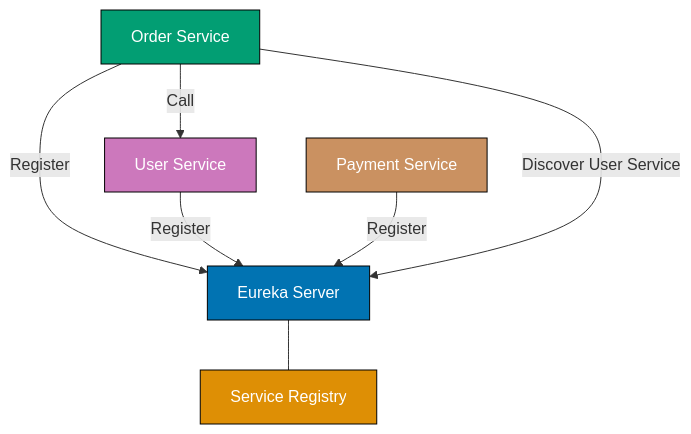
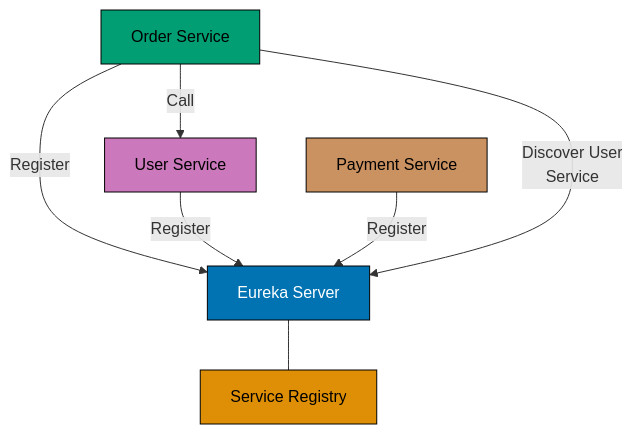
The second of 13 diagrams in apps/ayokoding-www/content/en/learn/legacy/software-engineering/platforms/web/tools/jvm-spring-boot/by-example/advanced.md (wahidyankf/ose-public), drawn with Mermaid before and after one commit. The commit also changed other lines of this file and 130 other files, not shown here.

First line of the commit message:
fix(mermaid): bring the legacy platforms diagrams onto the accessible palette

````diff
--- a/apps/ayokoding-www/content/en/learn/legacy/software-engineering/platforms/web/tools/jvm-spring-boot/by-example/advanced.md
+++ b/apps/ayokoding-www/content/en/learn/legacy/software-engineering/platforms/web/tools/jvm-spring-boot/by-example/advanced.md
@@ -737,16 +745,24 @@
 ```mermaid
 %% Color Palette: Blue #0173B2, Orange #DE8F05, Teal #029E73, Purple #CC78BC, Brown #CA9161
 flowchart TD
+    accTitle: Example 44: Service Discovery - Eureka Client
+    accDescr: Flowchart with 5 nodes and 6 connections. Nodes: Eureka Server, Service Registry, Order Service, User Service, Payment Service. Connections: Eureka Server to Service Registry, Order Service to Eureka Server (Register), User Service to Eureka Server (Register), Payment Service to Eureka Server (Register), Order Service to Eureka Server (Discover User Service), Order Service to User Service (Call).
     A[Eureka Server] --- B[Service Registry]
     C[Order Service] -->|Register| A
     D[User Service] -->|Register| A
     E[Payment Service] -->|Register| A
-    C -->|Discover User Service| A
+    C -->|Discover User<br/>Service| A
     C -->|Call| D
 
-    style A fill:#0173B2,stroke:#000,color:#fff
-    style B fill:#DE8F05,stroke:#000,color:#fff
-    style C fill:#029E73,stroke:#000,color:#fff
-    style D fill:#CC78BC,stroke:#000,color:#fff
-    style E fill:#CA9161,stroke:#000,color:#fff
+    classDef pal-0173B2 fill:#0173B2,stroke:#000000,color:#FFFFFF
+    class A pal-0173B2
+    classDef pal-DE8F05 fill:#DE8F05,stroke:#000000,color:#000000
+    class B pal-DE8F05
+    classDef pal-029E73 fill:#029E73,stroke:#000000,color:#000000
+    class C pal-029E73
+    classDef pal-CC78BC fill:#CC78BC,stroke:#000000,color:#000000
+    class D pal-CC78BC
+    classDef pal-CA9161 fill:#CA9161,stroke:#000000,color:#000000
+    class E pal-CA9161
+    classDef default fill:#FFFFFF,stroke:#000000,color:#000000
 ```
````
